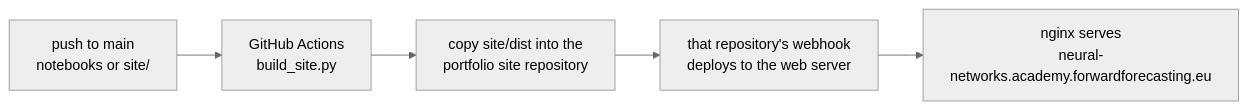
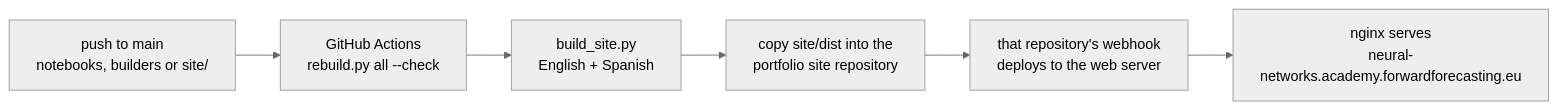
One commit to fborbon/academy changed the third of 3 diagrams in neural-networks/README.md. Above: the diagram before and after it, drawn with Mermaid (neutral theme). The commit also changed other lines of this file and 31 other files, not shown here.

````diff
--- a/neural-networks/README.md
+++ b/neural-networks/README.md
@@ -178,7 +207,8 @@
 ```mermaid
 flowchart LR
-    A[push to main<br/>notebooks or site/] --> B[GitHub Actions<br/>build_site.py]
+    A[push to main<br/>notebooks, builders or site/] --> K[GitHub Actions<br/>rebuild.py all --check]
+    K --> B[build_site.py<br/>English + Spanish]
     B --> C[copy site/dist into the<br/>portfolio site repository]
     C --> D[that repository's webhook<br/>deploys to the web server]
     D --> E[nginx serves<br/>neural-networks.academy.forwardforecasting.eu]
 ```
````
